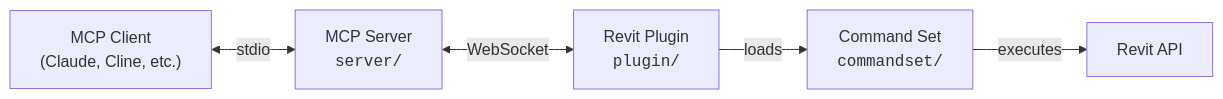
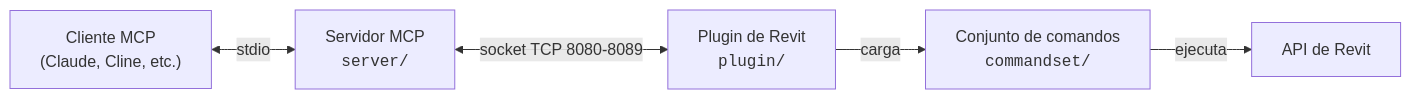
One commit to desarrollospaloblanco/mcp-revit changed the diagram in README.md. Above: the diagram before and after it, drawn with Mermaid. The commit also changed other lines of this file, not shown here.

````diff
--- a/README.md
+++ b/README.md
@@ -397,13 +350,13 @@
 ```mermaid
 flowchart LR
-    Client["MCP Client<br/>(Claude, Cline, etc.)"]
-    Server["MCP Server<br/><code>server/</code>"]
-    Plugin["Revit Plugin<br/><code>plugin/</code>"]
-    CommandSet["Command Set<br/><code>commandset/</code>"]
-    Revit["Revit API"]
+    Client["Cliente MCP<br/>(Claude, Cline, etc.)"]
+    Server["Servidor MCP<br/><code>server/</code>"]
+    Plugin["Plugin de Revit<br/><code>plugin/</code>"]
+    CommandSet["Conjunto de comandos<br/><code>commandset/</code>"]
+    Revit["API de Revit"]
 
     Client <-->|stdio| Server
-    Server <-->|WebSocket| Plugin
-    Plugin -->|loads| CommandSet
-    CommandSet -->|executes| Revit
+    Server <-->|socket TCP 8080-8089| Plugin
+    Plugin -->|carga| CommandSet
+    CommandSet -->|ejecuta| Revit
 ```
````
